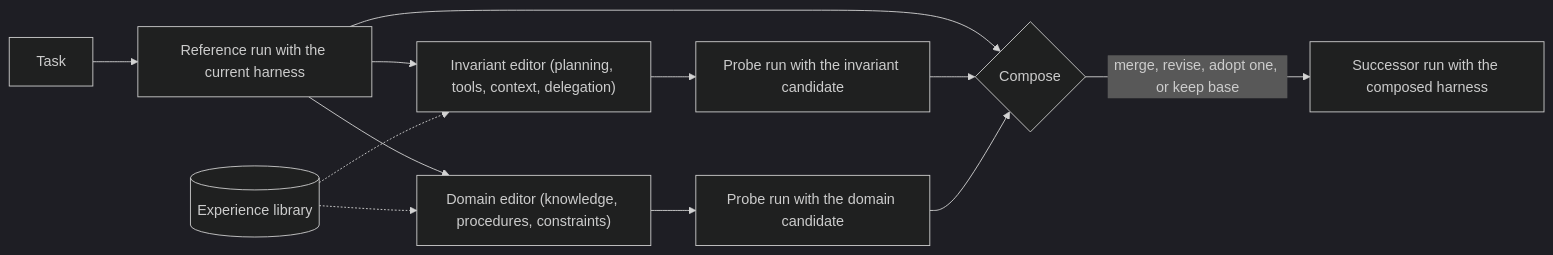
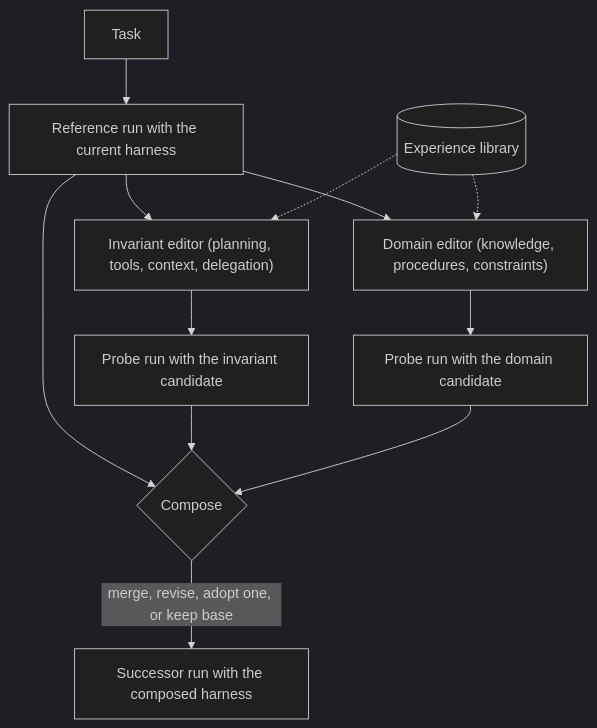
Before and after one commit to spabolu/system-design-modern: the first of 2 diagrams in docs/07-papers/harness2.md, drawn with Mermaid (dark theme). The commit also changed other lines of this file, not shown here.

````diff
--- a/docs/07-papers/harness2.md
+++ b/docs/07-papers/harness2.md
@@ -47,14 +47,14 @@
 ```mermaid
-flowchart LR
+flowchart TB
   T["Task"] --> R["Reference run with the current harness"]
   R --> INV["Invariant editor (planning, tools, context, delegation)"]
   R --> D["Domain editor (knowledge, procedures, constraints)"]
   L[("Experience library")] -.-> INV
   L -.-> D
   INV --> PI["Probe run with the invariant candidate"]
   D --> PD["Probe run with the domain candidate"]
   R --> C{"Compose"}
   PI --> C
   PD --> C
   C -->|"merge, revise, adopt one, or keep base"| S["Successor run with the composed harness"]
 ```
````
